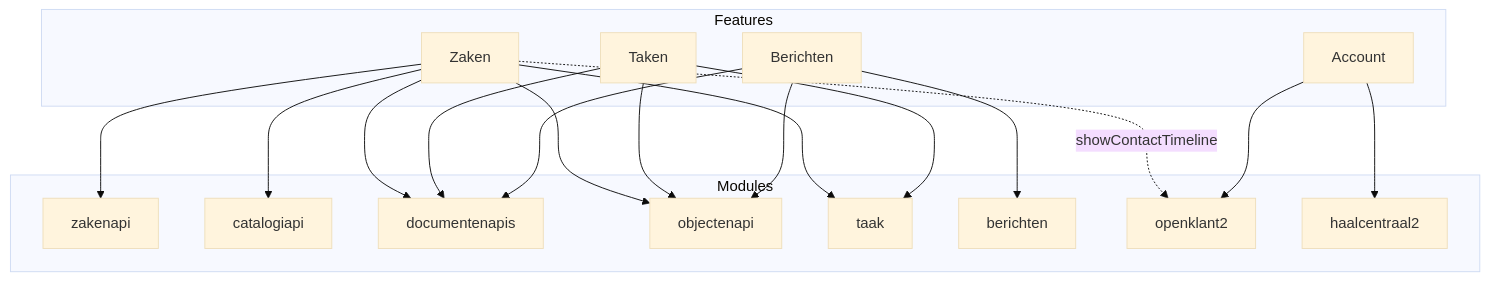
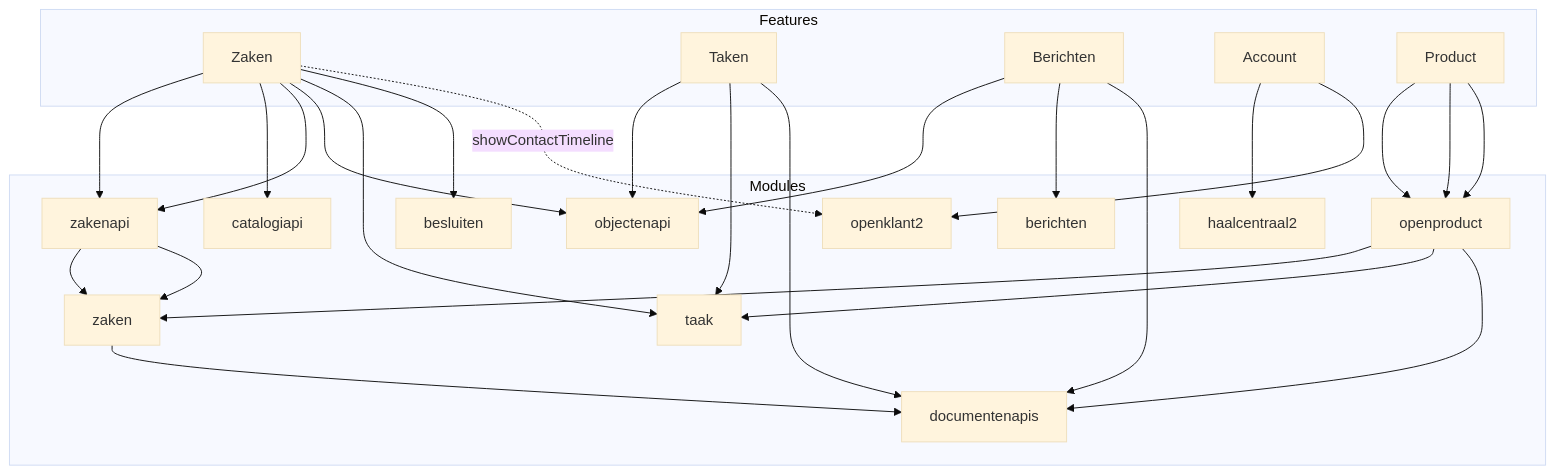
Before and after one commit to nl-portal/nl-portal: the diagram in documentation/configuratie/module-dependency-guide.md, drawn with Mermaid (base theme).

````diff
--- a/documentation/configuratie/module-dependency-guide.md
+++ b/documentation/configuratie/module-dependency-guide.md
@@ -9,38 +9,47 @@
 ```mermaid
 flowchart TB
     subgraph features["Features"]
         zaken["Zaken"]
         taken["Taken"]
         berichten["Berichten"]
         account["Account"]
+        product["Product"]
     end
 
     subgraph modules["Modules"]
         zakenapi["zakenapi"]
+        zaken-mod["zaken"]
         catalogiapi["catalogiapi"]
         documentenapis["documentenapis"]
         objectenapi["objectenapi"]
         taak["taak"]
         berichtenmod["berichten"]
         openklant2["openklant2"]
         haalcentraal2["haalcentraal2"]
+        openproduct["openproduct"]
+        besluiten["besluiten"]
     end
 
-    zaken --> zakenapi
+    zaken --> zakenapi --> zaken-mod
     zaken --> catalogiapi
-    zaken --> documentenapis
+    zaken --> zakenapi --> zaken-mod --> documentenapis
     zaken --> objectenapi
     zaken --> taak
+    zaken --> besluiten
     zaken -.->|"showContactTimeline"| openklant2
     
     taken --> objectenapi
     taken --> taak
     taken --> documentenapis
     
     berichten --> objectenapi
     berichten --> berichtenmod
     berichten --> documentenapis
     
+    product --> openproduct --> zaken-mod
+    product --> openproduct --> taak
+    product --> openproduct --> documentenapis
+    
     account --> haalcentraal2
     account --> openklant2
 ```
````
